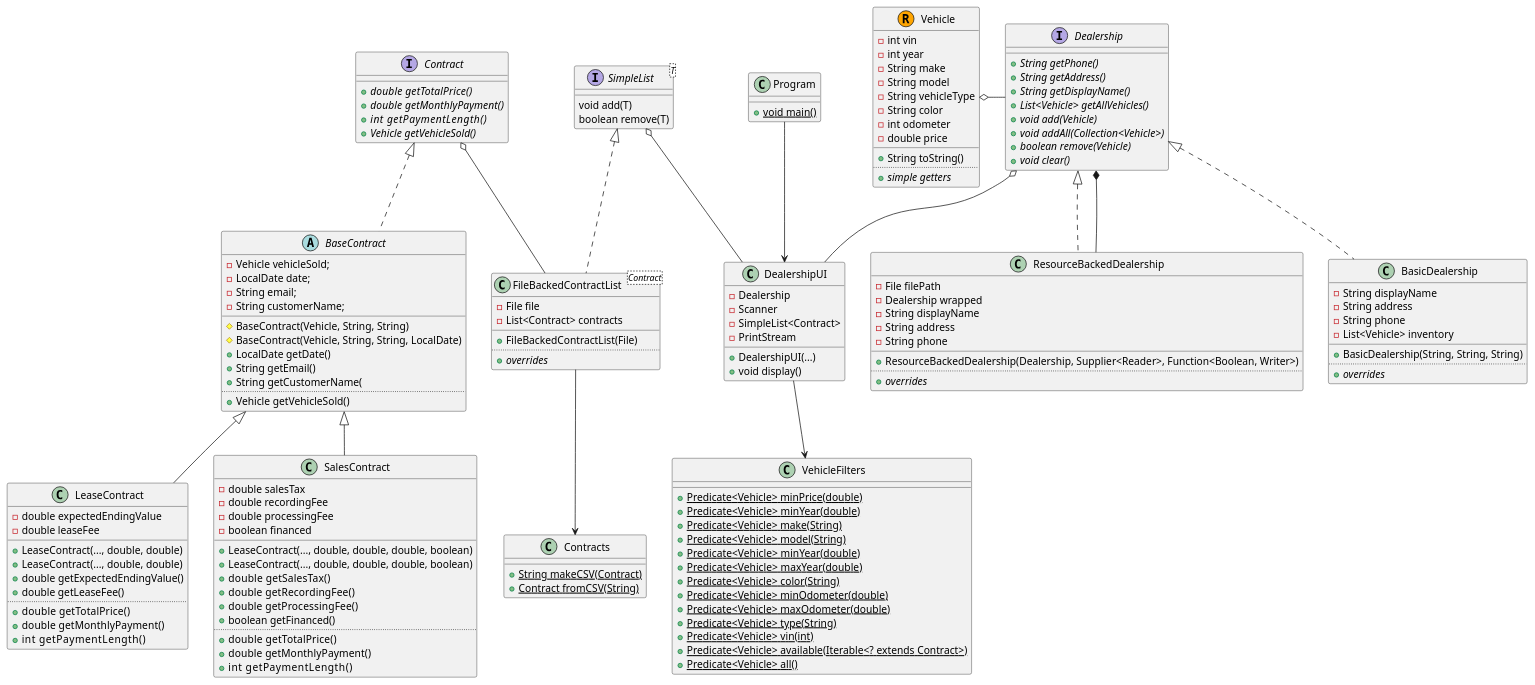
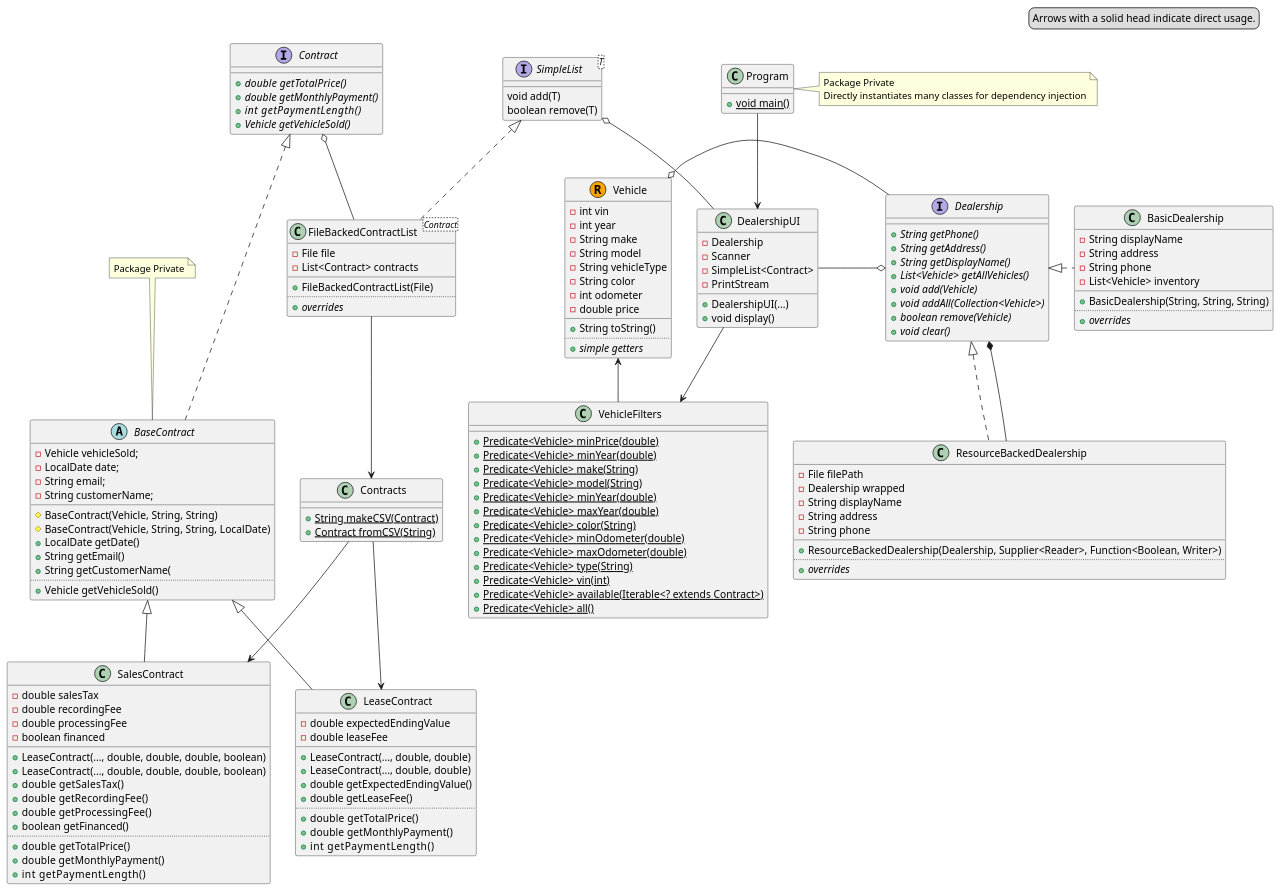
The diagram in Class_Diagram.puml (Benjamin-Bergman/CarDealership), drawn with PlantUML before and after one commit. The commit also changed 1 other file, not shown here.

Commit message:
Update Class Diagram

```diff
--- a/Class_Diagram.puml
+++ b/Class_Diagram.puml
@@ -1,164 +1,174 @@
 @startuml
 class Program {
 + {static} void main()
 }
 class DealershipUI {
 - Dealership
 - Scanner
 - SimpleList<Contract>
 - PrintStream
 + DealershipUI(...)
 + void display()
 }
 interface Dealership {
 + {abstract} String getPhone()
 + {abstract} String getAddress()
 + {abstract} String getDisplayName()
 + {abstract} List<Vehicle> getAllVehicles()
 + {abstract} void add(Vehicle)
 + {abstract} void addAll(Collection<Vehicle>)
 + {abstract} boolean remove(Vehicle)
 + {abstract} void clear()
 }
 class BasicDealership {
 - String displayName
 - String address
 - String phone
 - List<Vehicle> inventory
 __
 + BasicDealership(String, String, String)
 ..
 + {abstract} {method} overrides
 }
 class ResourceBackedDealership Implements Dealership {
 - File filePath
 - Dealership wrapped
 - String displayName
 - String address
 - String phone
 __
 + ResourceBackedDealership(Dealership, Supplier<Reader>, Function<Boolean, Writer>)
 ..
 + {abstract} {method} overrides
 }
 class Vehicle << (R,orange) >> {
 - int vin
 - int year
 - String make
 - String model
 - String vehicleType
 - String color
 - int odometer
 - double price
 __
 + String toString()
 ..
 + {abstract} {method} simple getters
 }
 class VehicleFilters {
 + {static} Predicate<Vehicle> minPrice(double)
 + {static} Predicate<Vehicle> minYear(double)
 + {static} Predicate<Vehicle> make(String)
 + {static} Predicate<Vehicle> model(String)
 + {static} Predicate<Vehicle> minYear(double)
 + {static} Predicate<Vehicle> maxYear(double)
 + {static} Predicate<Vehicle> color(String)
 + {static} Predicate<Vehicle> minOdometer(double)
 + {static} Predicate<Vehicle> maxOdometer(double)
 + {static} Predicate<Vehicle> type(String)
 + {static} Predicate<Vehicle> vin(int)
 + {static} Predicate<Vehicle> available(Iterable<? extends Contract>)
 + {static} Predicate<Vehicle> all()
 }
 
 interface SimpleList<T> {
 void add(T)
 boolean remove(T)
 }
 class FileBackedContractList<Contract> implements SimpleList {
     - File file
     - List<Contract> contracts
     __
     + FileBackedContractList(File)
     ..
     + {abstract} {method} overrides
 }
 interface Contract {
     + {abstract} double  getTotalPrice()
     + {abstract} double  getMonthlyPayment()
     + {abstract} int     getPaymentLength()
     + {abstract} Vehicle getVehicleSold()
    }
 abstract class BaseContract implements Contract {
 - Vehicle vehicleSold;
 - LocalDate date;
 - String email;
 - String customerName;
 __
 # BaseContract(Vehicle, String, String)
 # BaseContract(Vehicle, String, String, LocalDate)
 + LocalDate getDate()
 + String getEmail()
 + String getCustomerName(
 ..
 + Vehicle getVehicleSold()
 }
 class SalesContract extends BaseContract {
 - double salesTax
 - double recordingFee
 - double processingFee
 - boolean financed
 __
 + LeaseContract(..., double, double, double, boolean)
 + LeaseContract(..., double, double, double, boolean)
 + double  getSalesTax()
 + double  getRecordingFee()
 + double  getProcessingFee()
 + boolean getFinanced()
 ..
 + double  getTotalPrice()
 + double  getMonthlyPayment()
 + int     getPaymentLength()
 }
 class LeaseContract extends BaseContract {
 - double expectedEndingValue
 - double leaseFee
 __
 + LeaseContract(..., double, double)
 + LeaseContract(..., double, double)
 + double getExpectedEndingValue()
 + double getLeaseFee()
 ..
 + double  getTotalPrice()
 + double  getMonthlyPayment()
 + int     getPaymentLength()
 }
 class Contracts {
 + {static} String makeCSV(Contract)
 + {static} Contract fromCSV(String)
 }
 
 together {
     interface Dealership
     class BasicDealership
     class ResourceBackedDealership
     class Vehicle
 }
 
 together {
     interface Contract
     abstract BaseContract
     class LeaseContract
     class SalesContract
 }
 
 Dealership *-- ResourceBackedDealership
 Vehicle o-r- Dealership
 DealershipUI <-u- Program
-Dealership o-- DealershipUI
+Dealership o-l- DealershipUI
 SimpleList o-- DealershipUI
 VehicleFilters <-u- DealershipUI
-Dealership <|.. BasicDealership
+Dealership <|.r. BasicDealership
 Contract o-- FileBackedContractList
 Contracts <-u- FileBackedContractList
+Contracts --> SalesContract
+Contracts --> LeaseContract
+Vehicle <-- VehicleFilters
+
+legend top right
+Arrows with a solid head indicate direct usage.
+endlegend
+
+note top of BaseContract: Package Private
+note right of Program: Package Private\nDirectly instantiates many classes for dependency injection
 @enduml
```
